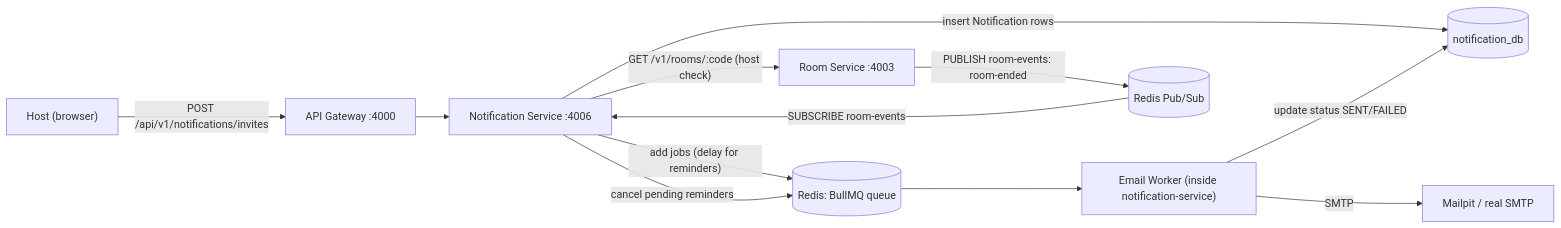
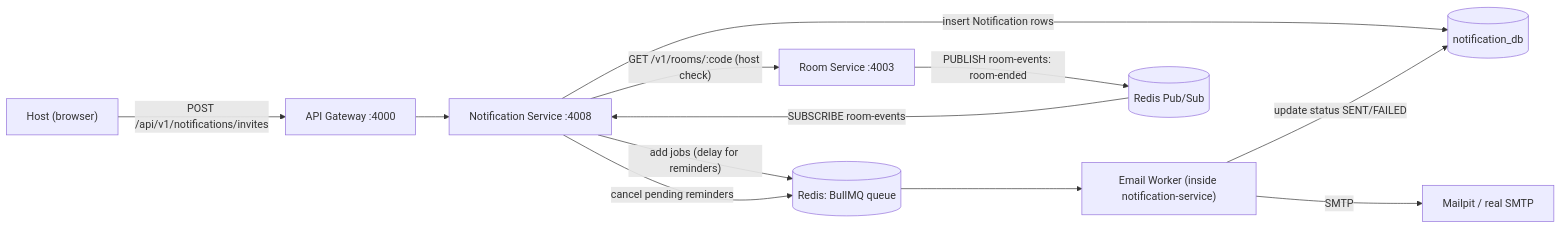
Before and after one commit to INDIAN-MEET/GOOGLE_MEET: the diagram in services/notification-service/MD/Phase_11_notification_service.md, drawn with Mermaid. The commit also changed other lines of this file and 9 other files, not shown here.

First line of the commit message:
feat(notification-service): initialize notification service with TypeScript, Prisma, and essential dependencies

````diff
--- a/services/notification-service/MD/Phase_11_notification_service.md
+++ b/services/notification-service/MD/Phase_11_notification_service.md
@@ -37,14 +36,14 @@
 ```mermaid
 flowchart LR
     U["Host (browser)"] -->|"POST /api/v1/notifications/invites"| GW["API Gateway :4000"]
-    GW --> NS["Notification Service :4006"]
+    GW --> NS["Notification Service :4008"]
     NS -->|"GET /v1/rooms/:code (host check)"| RS["Room Service :4003"]
     NS -->|"insert Notification rows"| DB[("notification_db")]
     NS -->|"add jobs (delay for reminders)"| Q[("Redis: BullMQ queue")]
     Q --> W["Email Worker (inside notification-service)"]
     W -->|"SMTP"| M["Mailpit / real SMTP"]
     W -->|"update status SENT/FAILED"| DB
     RS -->|"PUBLISH room-events: room-ended"| R[("Redis Pub/Sub")]
     R -->|"SUBSCRIBE room-events"| NS
     NS -->|"cancel pending reminders"| Q
 ```
````
